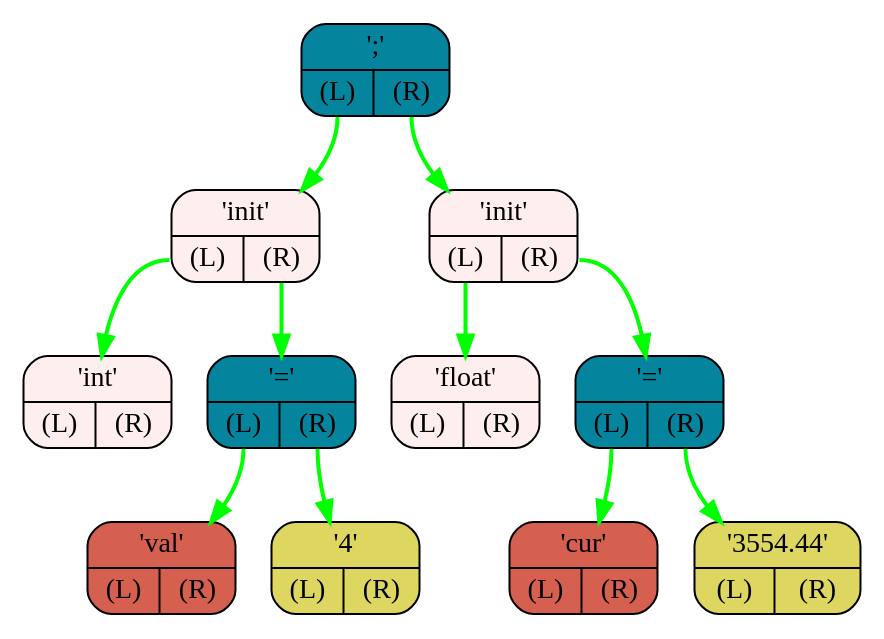
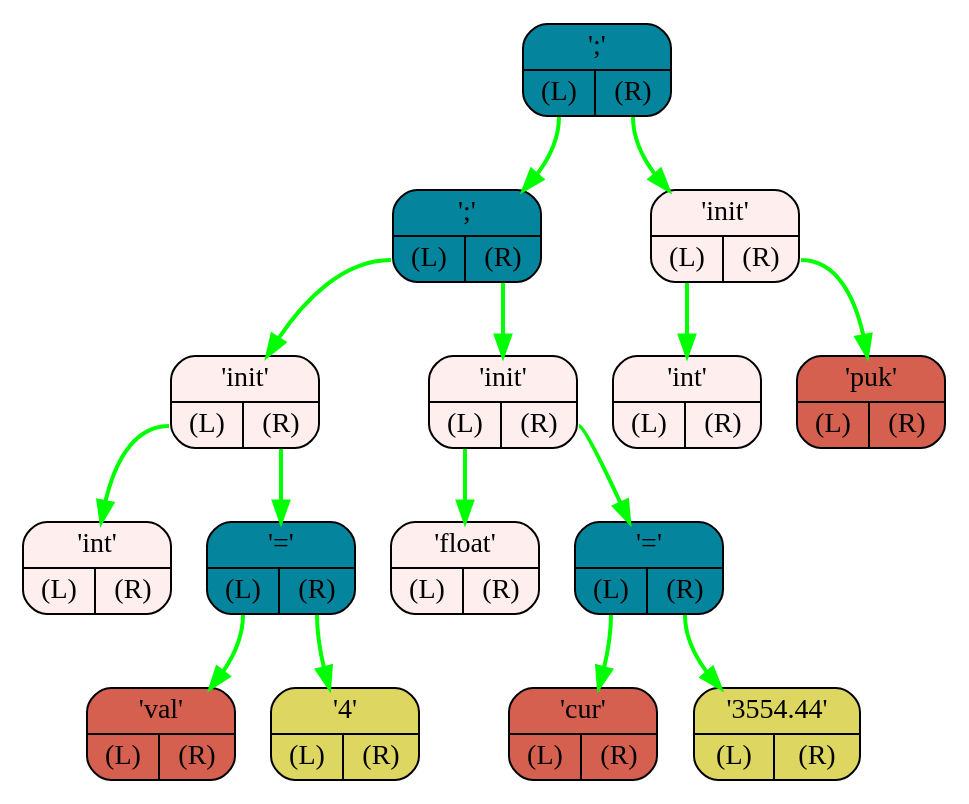
One commit to I1Va/OptimaLang changed the diagram in FrontEnd/logs/graph.dot. Above: the diagram before and after it, drawn with Graphviz. The commit also changed 17 other files, not shown here.

```diff
--- a/FrontEnd/logs/graph.dot
+++ b/FrontEnd/logs/graph.dot
@@ -1,24 +1,32 @@
 digraph G{
     rankdir=TB;
-    NODE0x7ffd223a4728[shape="Mrecord",color="black",fillcolor="#04859D",style="filled",label="{';' | {<L> (L) | <R> (R)}}"]
-    NODE0x7ffd223a4750[shape="Mrecord",color="black",fillcolor="#FFEEEE",style="filled",label="{'init' | {<L> (L) | <R> (R)}}"]
-    NODE0x7ffd223a4778[shape="Mrecord",color="black",fillcolor="#FFEEEE",style="filled",label="{'int' | {<L> (L) | <R> (R)}}"]
-    NODE0x7ffd223a47a0[shape="Mrecord",color="black",fillcolor="#04859D",style="filled",label="{'=' | {<L> (L) | <R> (R)}}"]
-    NODE0x7ffd223a47c8[shape="Mrecord",color="black",fillcolor="#d56050",style="filled",label="{'val' | {<L> (L) | <R> (R)}}"]
-    NODE0x7ffd223a47f0[shape="Mrecord",color="black",fillcolor="#ddd660",style="filled",label="{'4' | {<L> (L) | <R> (R)}}"]
-    NODE0x7ffd223a4818[shape="Mrecord",color="black",fillcolor="#FFEEEE",style="filled",label="{'init' | {<L> (L) | <R> (R)}}"]
-    NODE0x7ffd223a4840[shape="Mrecord",color="black",fillcolor="#FFEEEE",style="filled",label="{'float' | {<L> (L) | <R> (R)}}"]
-    NODE0x7ffd223a4868[shape="Mrecord",color="black",fillcolor="#04859D",style="filled",label="{'=' | {<L> (L) | <R> (R)}}"]
-    NODE0x7ffd223a4890[shape="Mrecord",color="black",fillcolor="#d56050",style="filled",label="{'cur' | {<L> (L) | <R> (R)}}"]
-    NODE0x7ffd223a48b8[shape="Mrecord",color="black",fillcolor="#ddd660",style="filled",label="{'3554.44' | {<L> (L) | <R> (R)}}"]
-    NODE0x7ffd223a47a0:L-> NODE0x7ffd223a47c8 [color="#00FF00",penwidth=2,label=""]
-    NODE0x7ffd223a47a0:R-> NODE0x7ffd223a47f0 [color="#00FF00",penwidth=2,label=""]
-    NODE0x7ffd223a4750:L-> NODE0x7ffd223a4778 [color="#00FF00",penwidth=2,label=""]
-    NODE0x7ffd223a4750:R-> NODE0x7ffd223a47a0 [color="#00FF00",penwidth=2,label=""]
-    NODE0x7ffd223a4868:L-> NODE0x7ffd223a4890 [color="#00FF00",penwidth=2,label=""]
-    NODE0x7ffd223a4868:R-> NODE0x7ffd223a48b8 [color="#00FF00",penwidth=2,label=""]
-    NODE0x7ffd223a4818:L-> NODE0x7ffd223a4840 [color="#00FF00",penwidth=2,label=""]
-    NODE0x7ffd223a4818:R-> NODE0x7ffd223a4868 [color="#00FF00",penwidth=2,label=""]
-    NODE0x7ffd223a4728:L-> NODE0x7ffd223a4750 [color="#00FF00",penwidth=2,label=""]
-    NODE0x7ffd223a4728:R-> NODE0x7ffd223a4818 [color="#00FF00",penwidth=2,label=""]
+    NODE0x7ffd8f88bef8[shape="Mrecord",color="black",fillcolor="#04859D",style="filled",label="{';' | {<L> (L) | <R> (R)}}"]
+    NODE0x7ffd8f88bf20[shape="Mrecord",color="black",fillcolor="#04859D",style="filled",label="{';' | {<L> (L) | <R> (R)}}"]
+    NODE0x7ffd8f88bf48[shape="Mrecord",color="black",fillcolor="#FFEEEE",style="filled",label="{'init' | {<L> (L) | <R> (R)}}"]
+    NODE0x7ffd8f88bf70[shape="Mrecord",color="black",fillcolor="#FFEEEE",style="filled",label="{'int' | {<L> (L) | <R> (R)}}"]
+    NODE0x7ffd8f88bf98[shape="Mrecord",color="black",fillcolor="#04859D",style="filled",label="{'=' | {<L> (L) | <R> (R)}}"]
+    NODE0x7ffd8f88bfc0[shape="Mrecord",color="black",fillcolor="#d56050",style="filled",label="{'val' | {<L> (L) | <R> (R)}}"]
+    NODE0x7ffd8f88bfe8[shape="Mrecord",color="black",fillcolor="#ddd660",style="filled",label="{'4' | {<L> (L) | <R> (R)}}"]
+    NODE0x7ffd8f88c010[shape="Mrecord",color="black",fillcolor="#FFEEEE",style="filled",label="{'init' | {<L> (L) | <R> (R)}}"]
+    NODE0x7ffd8f88c038[shape="Mrecord",color="black",fillcolor="#FFEEEE",style="filled",label="{'float' | {<L> (L) | <R> (R)}}"]
+    NODE0x7ffd8f88c060[shape="Mrecord",color="black",fillcolor="#04859D",style="filled",label="{'=' | {<L> (L) | <R> (R)}}"]
+    NODE0x7ffd8f88c088[shape="Mrecord",color="black",fillcolor="#d56050",style="filled",label="{'cur' | {<L> (L) | <R> (R)}}"]
+    NODE0x7ffd8f88c0b0[shape="Mrecord",color="black",fillcolor="#ddd660",style="filled",label="{'3554.44' | {<L> (L) | <R> (R)}}"]
+    NODE0x7ffd8f88c0d8[shape="Mrecord",color="black",fillcolor="#FFEEEE",style="filled",label="{'init' | {<L> (L) | <R> (R)}}"]
+    NODE0x7ffd8f88c100[shape="Mrecord",color="black",fillcolor="#FFEEEE",style="filled",label="{'int' | {<L> (L) | <R> (R)}}"]
+    NODE0x7ffd8f88c128[shape="Mrecord",color="black",fillcolor="#d56050",style="filled",label="{'puk' | {<L> (L) | <R> (R)}}"]
+    NODE0x7ffd8f88bf98:L-> NODE0x7ffd8f88bfc0 [color="#00FF00",penwidth=2,label=""]
+    NODE0x7ffd8f88bf98:R-> NODE0x7ffd8f88bfe8 [color="#00FF00",penwidth=2,label=""]
+    NODE0x7ffd8f88bf48:L-> NODE0x7ffd8f88bf70 [color="#00FF00",penwidth=2,label=""]
+    NODE0x7ffd8f88bf48:R-> NODE0x7ffd8f88bf98 [color="#00FF00",penwidth=2,label=""]
+    NODE0x7ffd8f88c060:L-> NODE0x7ffd8f88c088 [color="#00FF00",penwidth=2,label=""]
+    NODE0x7ffd8f88c060:R-> NODE0x7ffd8f88c0b0 [color="#00FF00",penwidth=2,label=""]
+    NODE0x7ffd8f88c010:L-> NODE0x7ffd8f88c038 [color="#00FF00",penwidth=2,label=""]
+    NODE0x7ffd8f88c010:R-> NODE0x7ffd8f88c060 [color="#00FF00",penwidth=2,label=""]
+    NODE0x7ffd8f88bf20:L-> NODE0x7ffd8f88bf48 [color="#00FF00",penwidth=2,label=""]
+    NODE0x7ffd8f88bf20:R-> NODE0x7ffd8f88c010 [color="#00FF00",penwidth=2,label=""]
+    NODE0x7ffd8f88c0d8:L-> NODE0x7ffd8f88c100 [color="#00FF00",penwidth=2,label=""]
+    NODE0x7ffd8f88c0d8:R-> NODE0x7ffd8f88c128 [color="#00FF00",penwidth=2,label=""]
+    NODE0x7ffd8f88bef8:L-> NODE0x7ffd8f88bf20 [color="#00FF00",penwidth=2,label=""]
+    NODE0x7ffd8f88bef8:R-> NODE0x7ffd8f88c0d8 [color="#00FF00",penwidth=2,label=""]
 }
```
